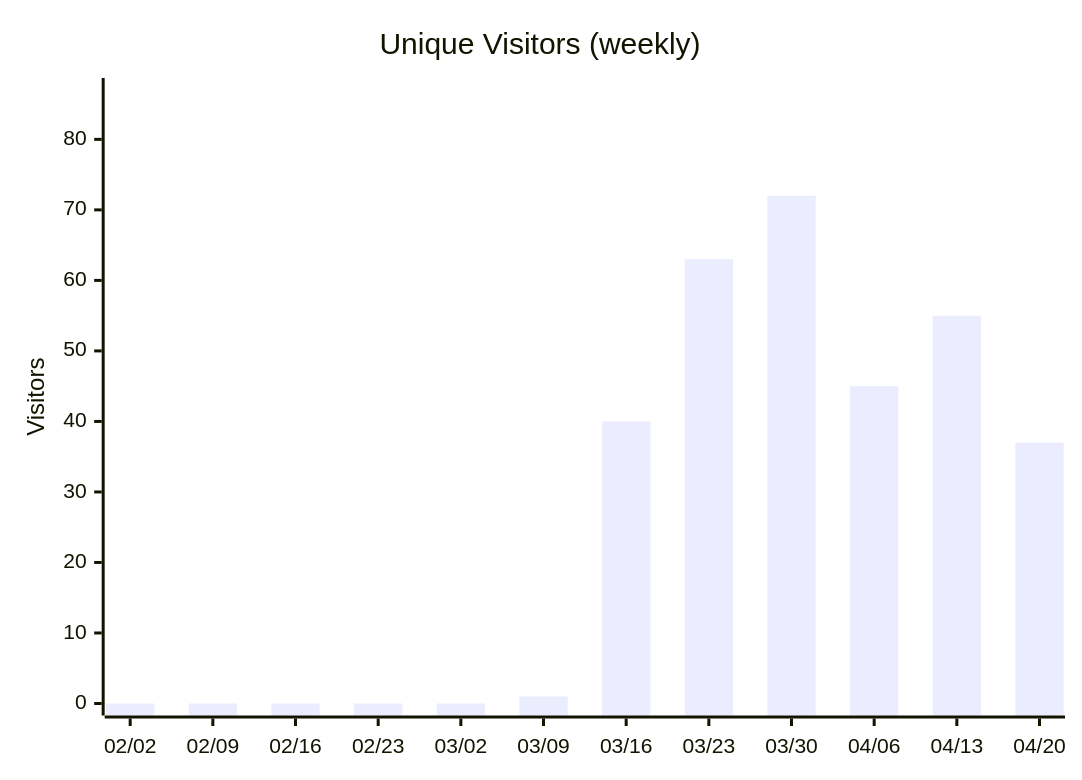
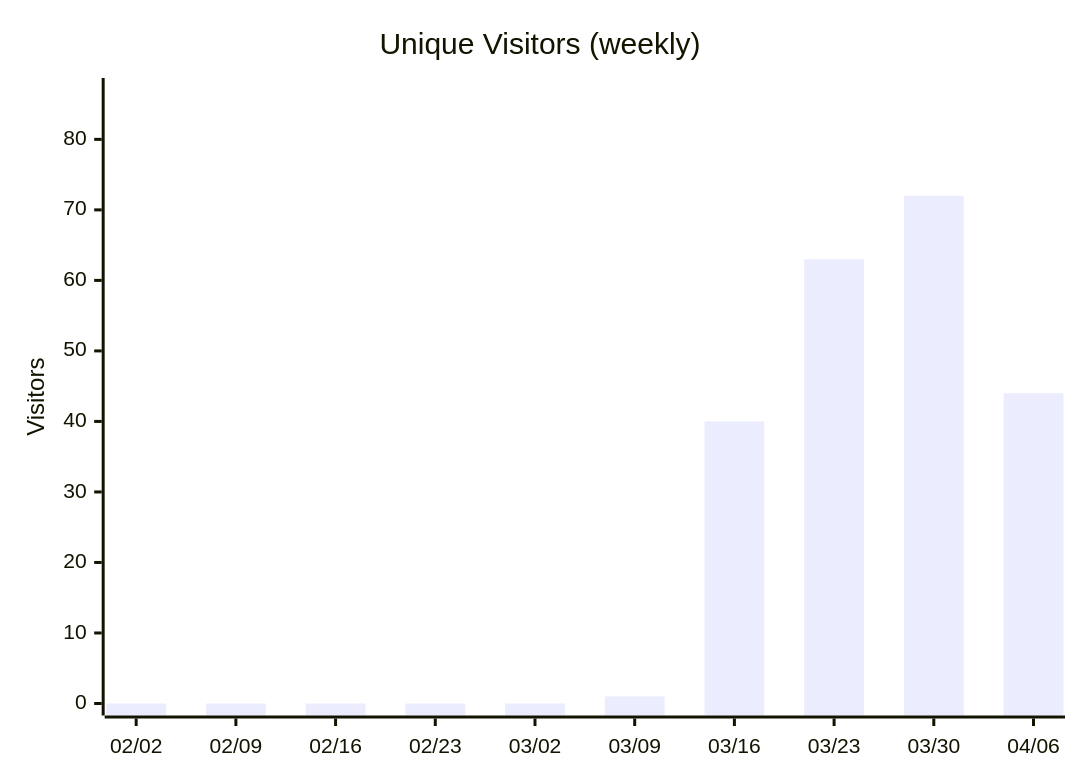
One commit to nablarch/nabledge-dev changed diagram 13 of 14 in docs/metrics.md. Above: the diagram before and after it, drawn with Mermaid. The commit also changed other lines of this file and 13372 other files, not shown here.

````diff
--- a/docs/metrics.md
+++ b/docs/metrics.md
@@ -165,7 +163,7 @@
 ```mermaid
 xychart-beta
   title "Unique Visitors (weekly)"
-  x-axis ["02/02", "02/09", "02/16", "02/23", "03/02", "03/09", "03/16", "03/23", "03/30", "04/06", "04/13", "04/20"]
+  x-axis ["02/02", "02/09", "02/16", "02/23", "03/02", "03/09", "03/16", "03/23", "03/30", "04/06"]
   y-axis "Visitors" 0 --> 87
-  bar [0, 0, 0, 0, 0, 1, 40, 63, 72, 45, 55, 37]
+  bar [0, 0, 0, 0, 0, 1, 40, 63, 72, 44]
 ```
````
